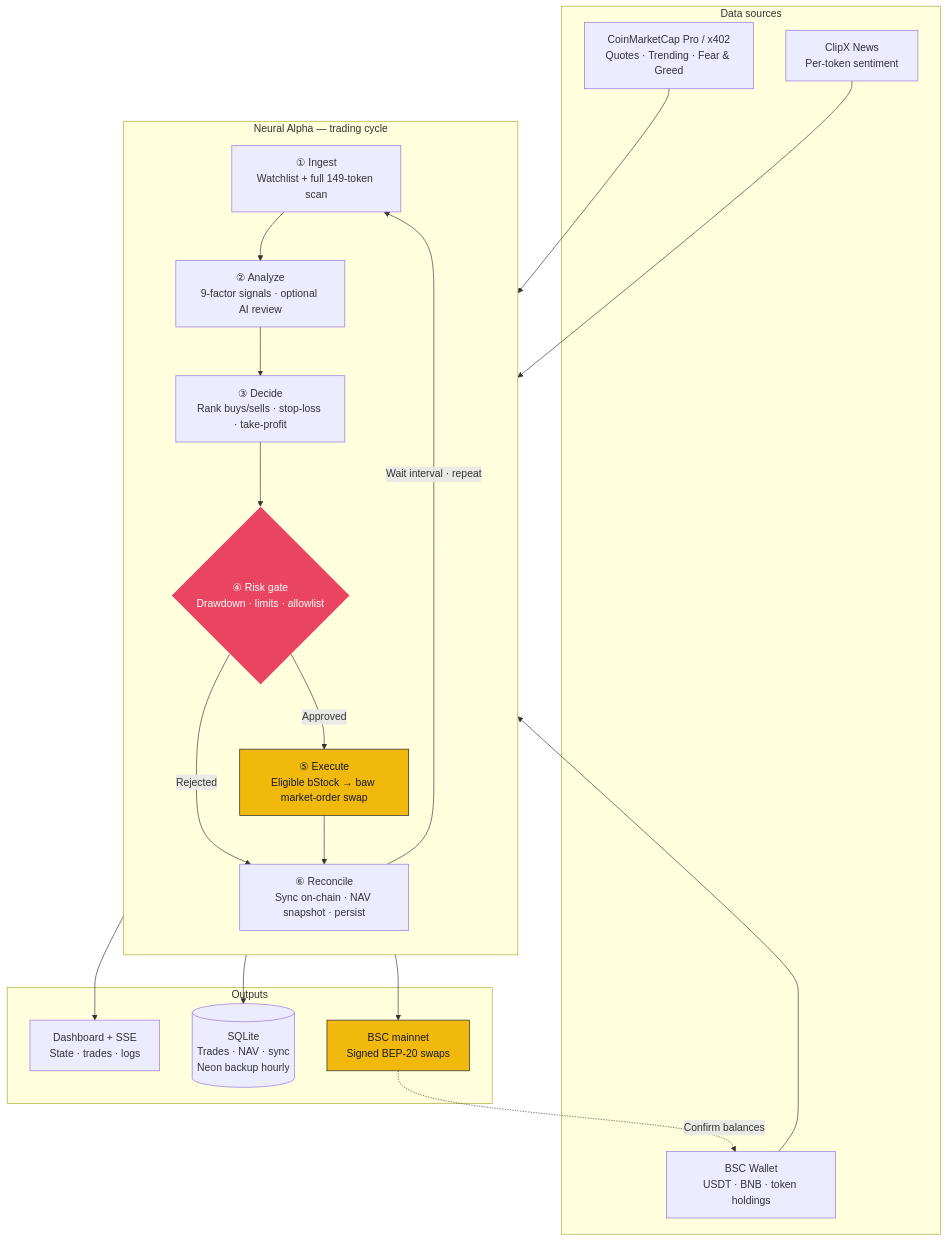
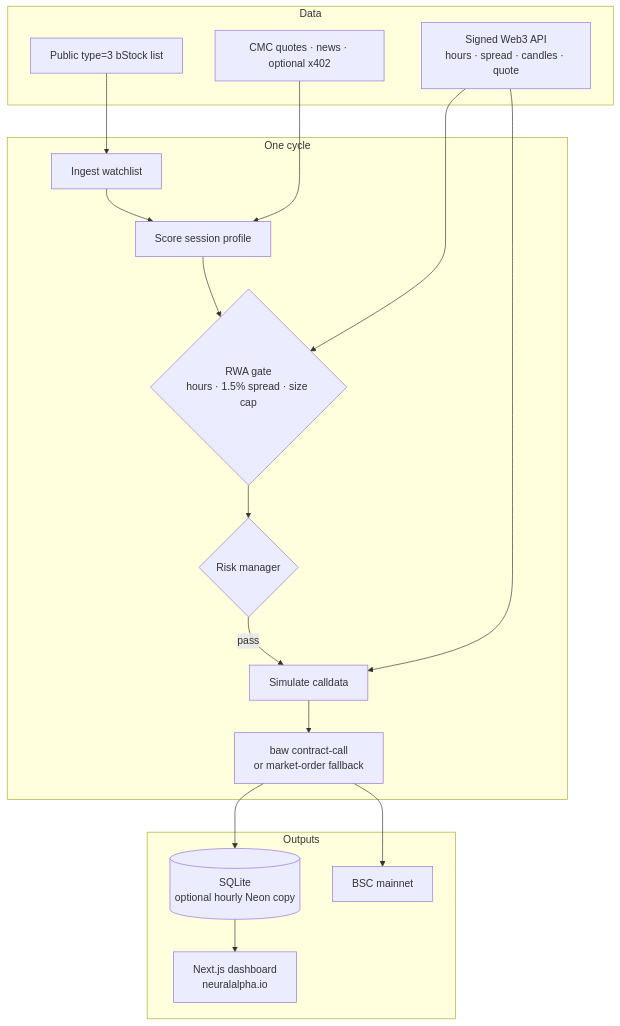
Before and after one commit to ClipXonchain/neural-alpha: the diagram in README.md, drawn with Mermaid. The commit also changed other lines of this file, not shown here.

Commit message:
Document the hackathon branch so a clone matches the live bStock path.

````diff
--- a/README.md
+++ b/README.md
@@ -105,41 +57,33 @@
 ```mermaid
 flowchart TB
-    subgraph SOURCES["Data sources"]
-        CMC["CoinMarketCap Pro / x402<br/>Quotes · Trending · Fear & Greed"]
-        NEWS["ClipX News<br/>Per-token sentiment"]
-        WALLET["BSC Wallet<br/>USDT · BNB · token holdings"]
+    subgraph sources["Data"]
+        LIST["Public type=3 bStock list"]
+        RWA["Signed Web3 API<br/>hours · spread · candles · quote"]
+        CMC["CMC quotes · news · optional x402"]
     end
 
-    subgraph LOOP["Neural Alpha — trading cycle"]
-        direction TB
-        S1["① Ingest<br/>Watchlist + full 149-token scan"]
-        S2["② Analyze<br/>9-factor signals · optional AI review"]
-        S3["③ Decide<br/>Rank buys/sells · stop-loss · take-profit"]
-        S4{"④ Risk gate<br/>Drawdown · limits · allowlist"}
-        S5["⑤ Execute<br/>Eligible bStock → baw market-order swap"]
-        S6["⑥ Reconcile<br/>Sync on-chain · NAV snapshot · persist"]
-
+    subgraph loop["One cycle"]
+        S1["Ingest watchlist"]
+        S2["Score session profile"]
+        S3{"RWA gate<br/>hours · 1.5% spread · size cap"}
+        S4{"Risk manager"}
+        S5["Simulate calldata"]
+        S6["baw contract-call<br/>or market-order fallback"]
         S1 --> S2 --> S3 --> S4
-        S4 -->|Rejected| S6
-        S4 -->|Approved| S5 --> S6
+        S4 -->|pass| S5 --> S6
     end
 
-    subgraph OUTPUTS["Outputs"]
-        UI["Dashboard + SSE<br/>State · trades · logs"]
-        DB[("SQLite<br/>Trades · NAV · sync<br/>Neon backup hourly")]
-        TX["BSC mainnet<br/>Signed BEP-20 swaps"]
+    subgraph out["Outputs"]
+        UI["Next.js dashboard<br/>neuralalpha.io"]
+        DB[("SQLite<br/>optional hourly Neon copy")]
+        BSC["BSC mainnet"]
     end
 
-    CMC --> S1
-    NEWS --> S1
-    WALLET --> S6
-    S5 --> TX
-    TX -.->|Confirm balances| WALLET
-    S6 --> UI
+    LIST --> S1
+    CMC --> S2
+    RWA --> S3
+    RWA --> S5
+    S6 --> BSC
     S6 --> DB
-    S6 -->|Wait interval · repeat| S1
-
-    style S4 fill:#e94560,stroke:#fff,color:#fff
-    style S5 fill:#f0b90b,stroke:#1a1a2e,color:#1a1a2e
-    style TX fill:#f0b90b,stroke:#1a1a2e,color:#1a1a2e
+    DB --> UI
 ```
````
